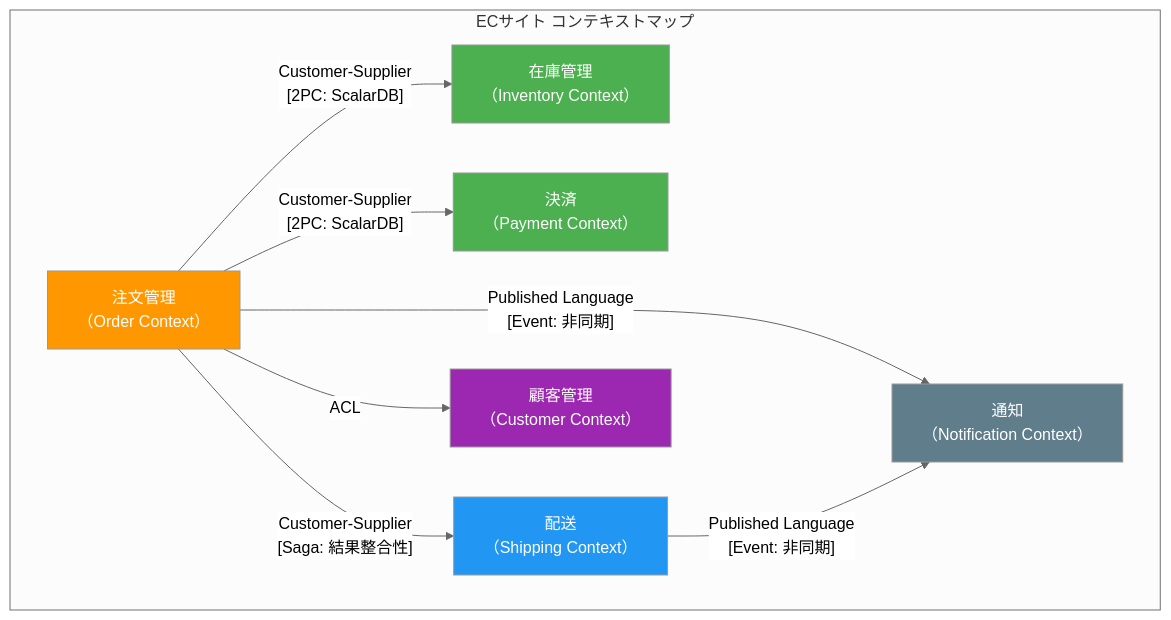
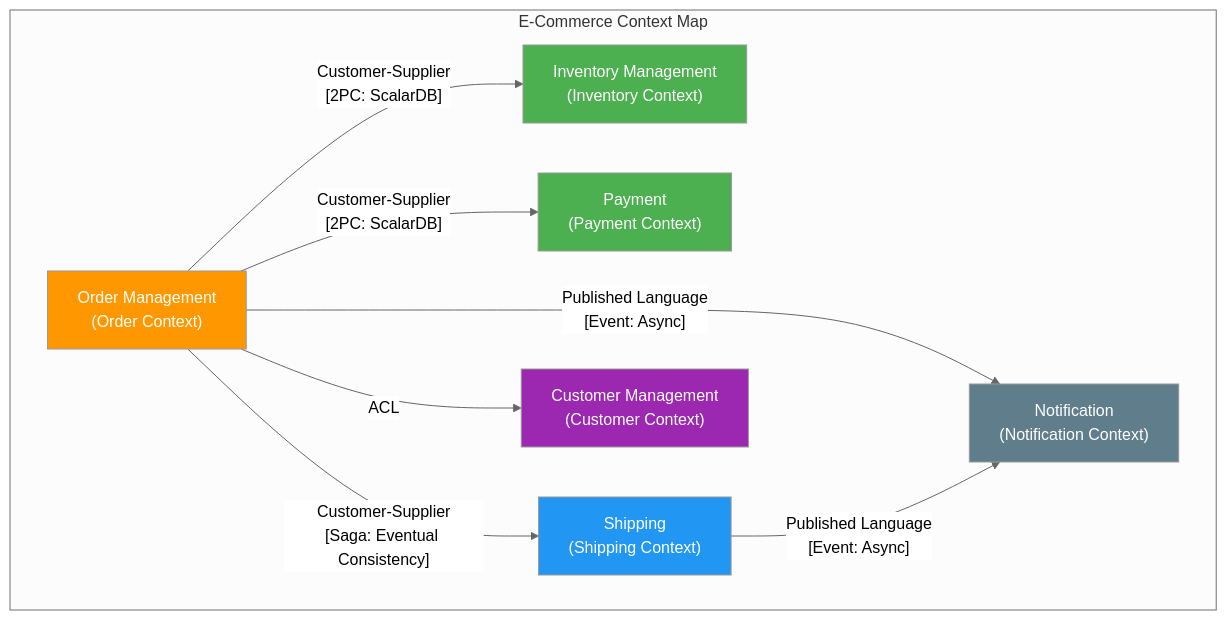
One commit to wfukatsu/nexus-architect changed the first of 2 diagrams in workflow/greenfield/02_domain_modeling.md. Above: the diagram before and after it, drawn with Mermaid (neutral theme). The commit also changed other lines of this file and 3 other files, not shown here.

````diff
--- a/workflow/greenfield/02_domain_modeling.md
+++ b/workflow/greenfield/02_domain_modeling.md
@@ -85,26 +85,26 @@
 ```mermaid
 graph TB
-    subgraph "ECサイト コンテキストマップ"
+    subgraph "E-Commerce Context Map"
 
-        ORDER["注文管理<br/>（Order Context）"]
-        INVENTORY["在庫管理<br/>（Inventory Context）"]
-        PAYMENT["決済<br/>（Payment Context）"]
-        SHIPPING["配送<br/>（Shipping Context）"]
-        CUSTOMER["顧客管理<br/>（Customer Context）"]
-        NOTIFICATION["通知<br/>（Notification Context）"]
+        ORDER["Order Management<br/>(Order Context)"]
+        INVENTORY["Inventory Management<br/>(Inventory Context)"]
+        PAYMENT["Payment<br/>(Payment Context)"]
+        SHIPPING["Shipping<br/>(Shipping Context)"]
+        CUSTOMER["Customer Management<br/>(Customer Context)"]
+        NOTIFICATION["Notification<br/>(Notification Context)"]
 
         ORDER -->|"Customer-Supplier<br/>[2PC: ScalarDB]"| INVENTORY
         ORDER -->|"Customer-Supplier<br/>[2PC: ScalarDB]"| PAYMENT
-        ORDER -->|"Customer-Supplier<br/>[Saga: 結果整合性]"| SHIPPING
+        ORDER -->|"Customer-Supplier<br/>[Saga: Eventual Consistency]"| SHIPPING
         ORDER -->|"ACL"| CUSTOMER
-        ORDER -->|"Published Language<br/>[Event: 非同期]"| NOTIFICATION
-        SHIPPING -->|"Published Language<br/>[Event: 非同期]"| NOTIFICATION
+        ORDER -->|"Published Language<br/>[Event: Async]"| NOTIFICATION
+        SHIPPING -->|"Published Language<br/>[Event: Async]"| NOTIFICATION
     end
 
     style ORDER fill:#FF9800,color:#fff
     style INVENTORY fill:#4CAF50,color:#fff
     style PAYMENT fill:#4CAF50,color:#fff
     style SHIPPING fill:#2196F3,color:#fff
     style CUSTOMER fill:#9C27B0,color:#fff
     style NOTIFICATION fill:#607D8B,color:#fff
 ```
````
